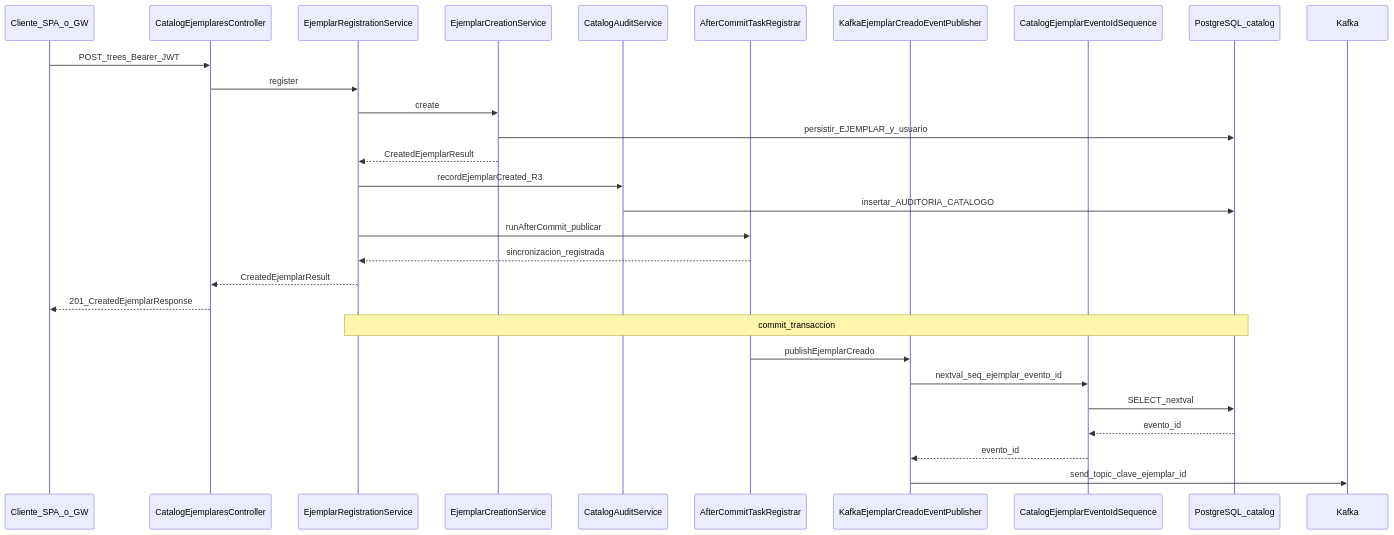
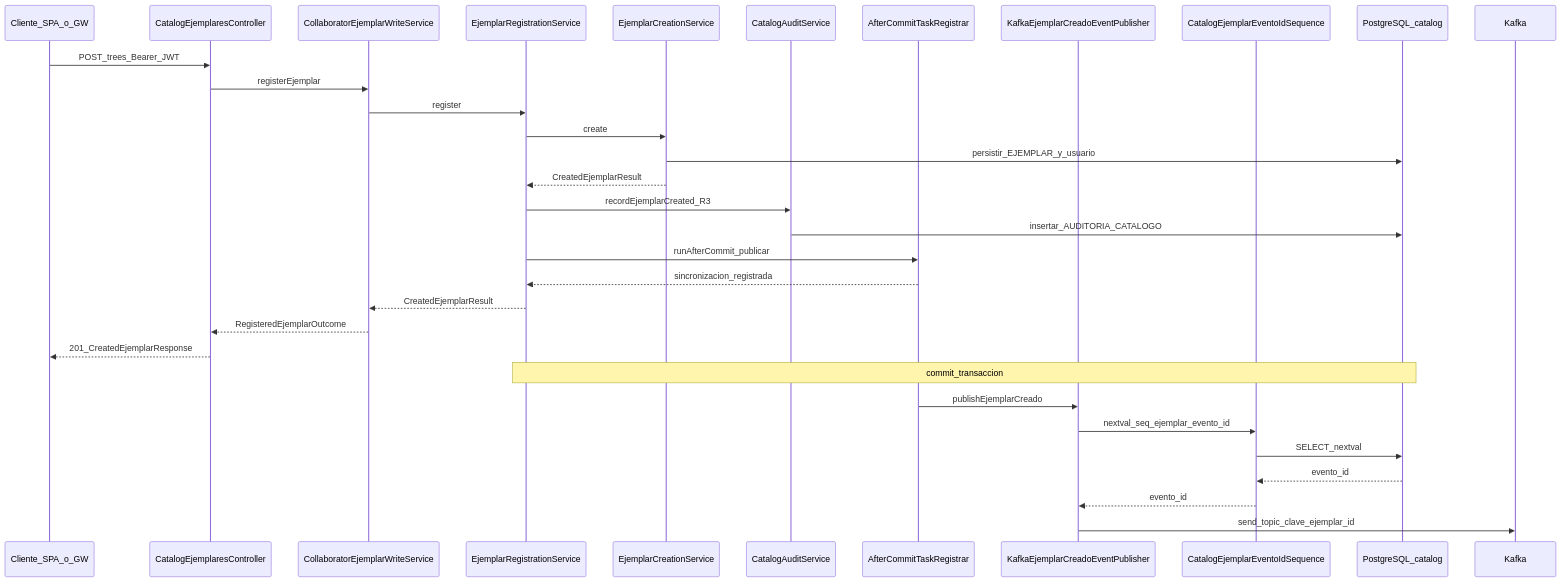
The ninth of 19 diagrams in readme.md (ldefrutos1/AI4Devs-finalproject), drawn with Mermaid before and after one commit. The commit also changed other lines of this file and 5 other files, not shown here.

````diff
--- a/readme.md
+++ b/readme.md
@@ -632,33 +636,36 @@
 ```mermaid
 sequenceDiagram
   participant Client as Cliente_SPA_o_GW
   participant Ctrl as CatalogEjemplaresController
+  participant Write as CollaboratorEjemplarWriteService
   participant Reg as EjemplarRegistrationService
   participant Cre as EjemplarCreationService
   participant Aud as CatalogAuditService
   participant Tx as AfterCommitTaskRegistrar
   participant Pub as KafkaEjemplarCreadoEventPublisher
   participant Seq as CatalogEjemplarEventoIdSequence
   participant PG as PostgreSQL_catalog
   participant KB as Kafka
 
   Client->>Ctrl: POST_trees_Bearer_JWT
-  Ctrl->>Reg: register
+  Ctrl->>Write: registerEjemplar
+  Write->>Reg: register
   Reg->>Cre: create
   Cre->>PG: persistir_EJEMPLAR_y_usuario
   Cre-->>Reg: CreatedEjemplarResult
   Reg->>Aud: recordEjemplarCreated_R3
   Aud->>PG: insertar_AUDITORIA_CATALOGO
   Reg->>Tx: runAfterCommit_publicar
   Tx-->>Reg: sincronizacion_registrada
-  Reg-->>Ctrl: CreatedEjemplarResult
+  Reg-->>Write: CreatedEjemplarResult
+  Write-->>Ctrl: RegisteredEjemplarOutcome
   Ctrl-->>Client: 201_CreatedEjemplarResponse
 
   Note over Reg,PG: commit_transaccion
   Tx->>Pub: publishEjemplarCreado
   Pub->>Seq: nextval_seq_ejemplar_evento_id
   Seq->>PG: SELECT_nextval
   PG-->>Seq: evento_id
   Seq-->>Pub: evento_id
   Pub->>KB: send_topic_clave_ejemplar_id
 ```
````
